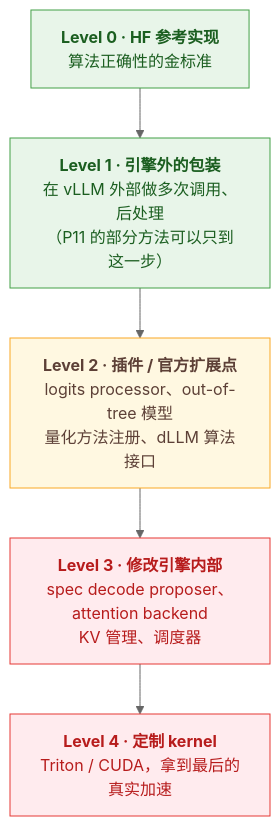
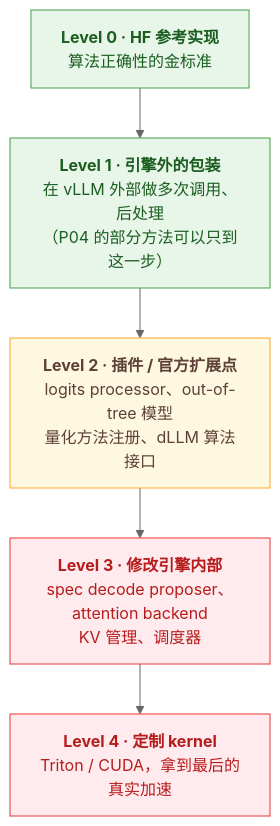
Before and after one commit to flowermouse/ai-infra-projects: the diagram in docs/engine-extension-guide.md, drawn with Mermaid (neutral theme). The commit also changed other lines of this file and 18 other files, not shown here.

````diff
--- a/docs/engine-extension-guide.md
+++ b/docs/engine-extension-guide.md
@@ -28,16 +28,16 @@
 ```mermaid
 flowchart TB
     L0["<b>Level 0 · HF 参考实现</b><br/>算法正确性的金标准"]
-    L1["<b>Level 1 · 引擎外的包装</b><br/>在 vLLM 外部做多次调用、后处理<br/>（P11 的部分方法可以只到这一步）"]
+    L1["<b>Level 1 · 引擎外的包装</b><br/>在 vLLM 外部做多次调用、后处理<br/>（P04 的部分方法可以只到这一步）"]
     L2["<b>Level 2 · 插件 / 官方扩展点</b><br/>logits processor、out-of-tree 模型<br/>量化方法注册、dLLM 算法接口"]
     L3["<b>Level 3 · 修改引擎内部</b><br/>spec decode proposer、attention backend<br/>KV 管理、调度器"]
     L4["<b>Level 4 · 定制 kernel</b><br/>Triton / CUDA，拿到最后的真实加速"]
     L0 --> L1 --> L2 --> L3 --> L4
 
     classDef low fill:#E8F5E9,stroke:#43A047,color:#1B5E20
     classDef mid fill:#FFF8E1,stroke:#F9A825,color:#5D4037
     classDef high fill:#FFEBEE,stroke:#E53935,color:#B71C1C
     class L0,L1 low
     class L2 mid
     class L3,L4 high
 ```
````
